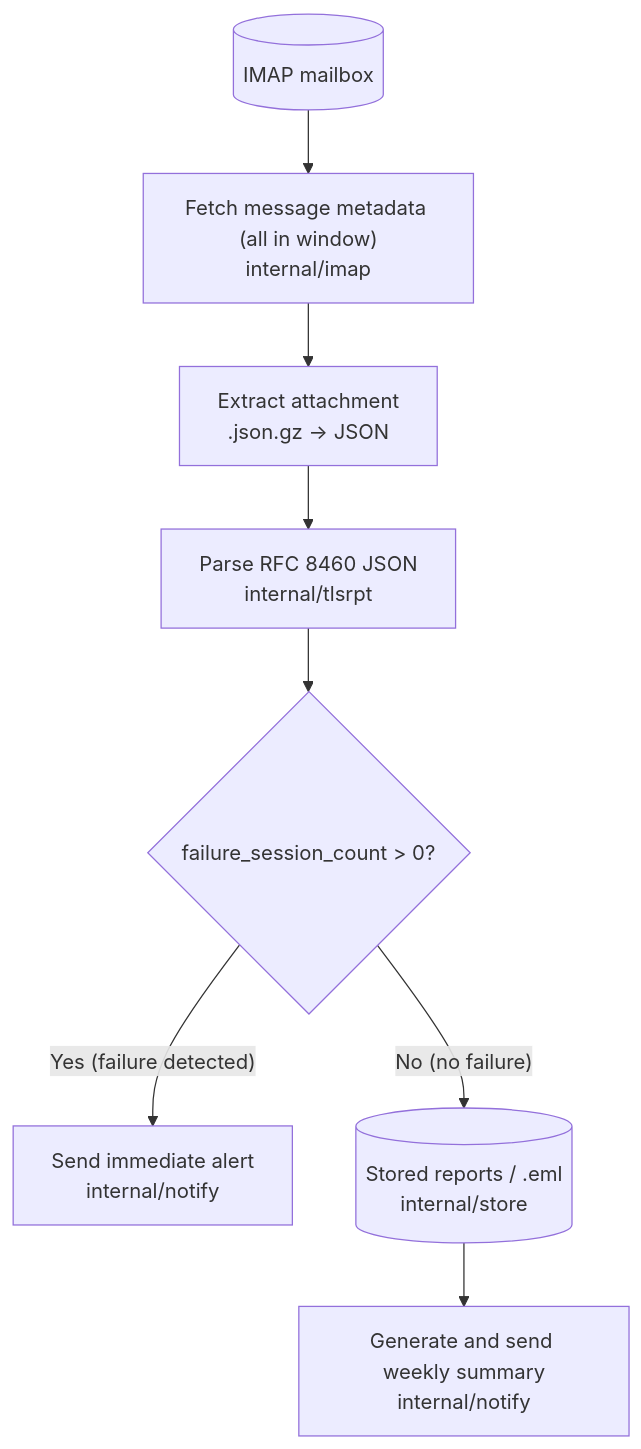
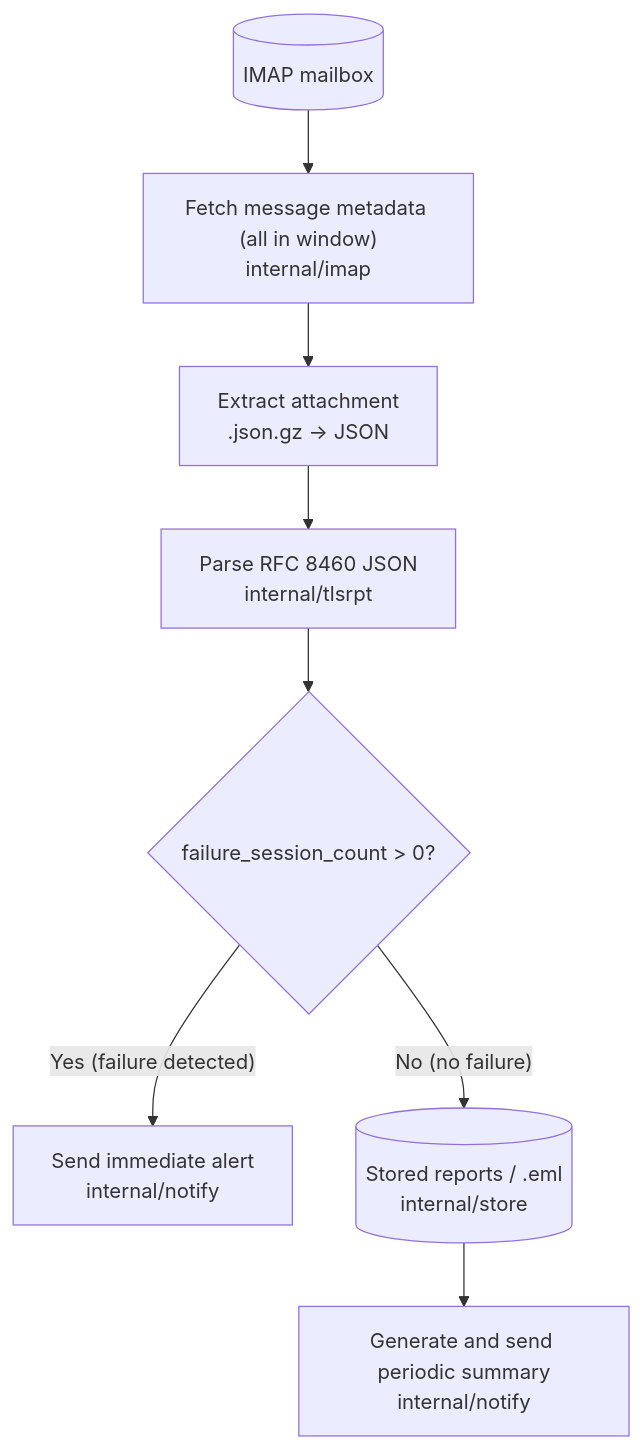
Before and after one commit to isseis/tlsrpt-digest: the first of 2 diagrams in docs/overview.md, drawn with Mermaid. The commit also changed other lines of this file and 1 other file, not shown here.

First line of the commit message:
docs: align overview and package_reference to periodic summary terminology

````diff
--- a/docs/overview.md
+++ b/docs/overview.md
@@ -26,19 +26,19 @@
 ```mermaid
 flowchart TD
     A[("IMAP mailbox")]
     B["Fetch message metadata (all in window)<br>internal/imap"]
     C["Extract attachment<br>.json.gz → JSON"]
     D["Parse RFC 8460 JSON<br>internal/tlsrpt"]
     E{"failure_session_count > 0?"}
     F["Send immediate alert<br>internal/notify"]
     G[("Stored reports / .eml<br>internal/store")]
-    H["Generate and send weekly summary<br>internal/notify"]
+    H["Generate and send periodic summary<br>internal/notify"]
 
     A --> B
     B --> C
     C --> D
     D --> E
     E -- "Yes (failure detected)" --> F
     E -- "No (no failure)" --> G
     G --> H
 ```
````
